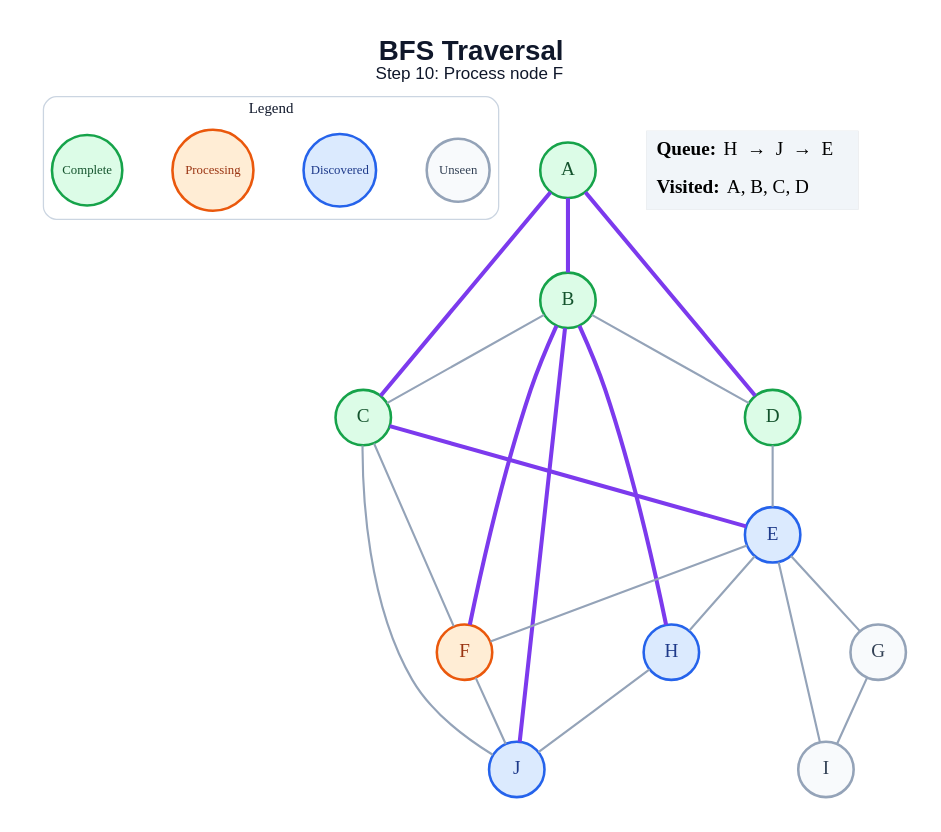
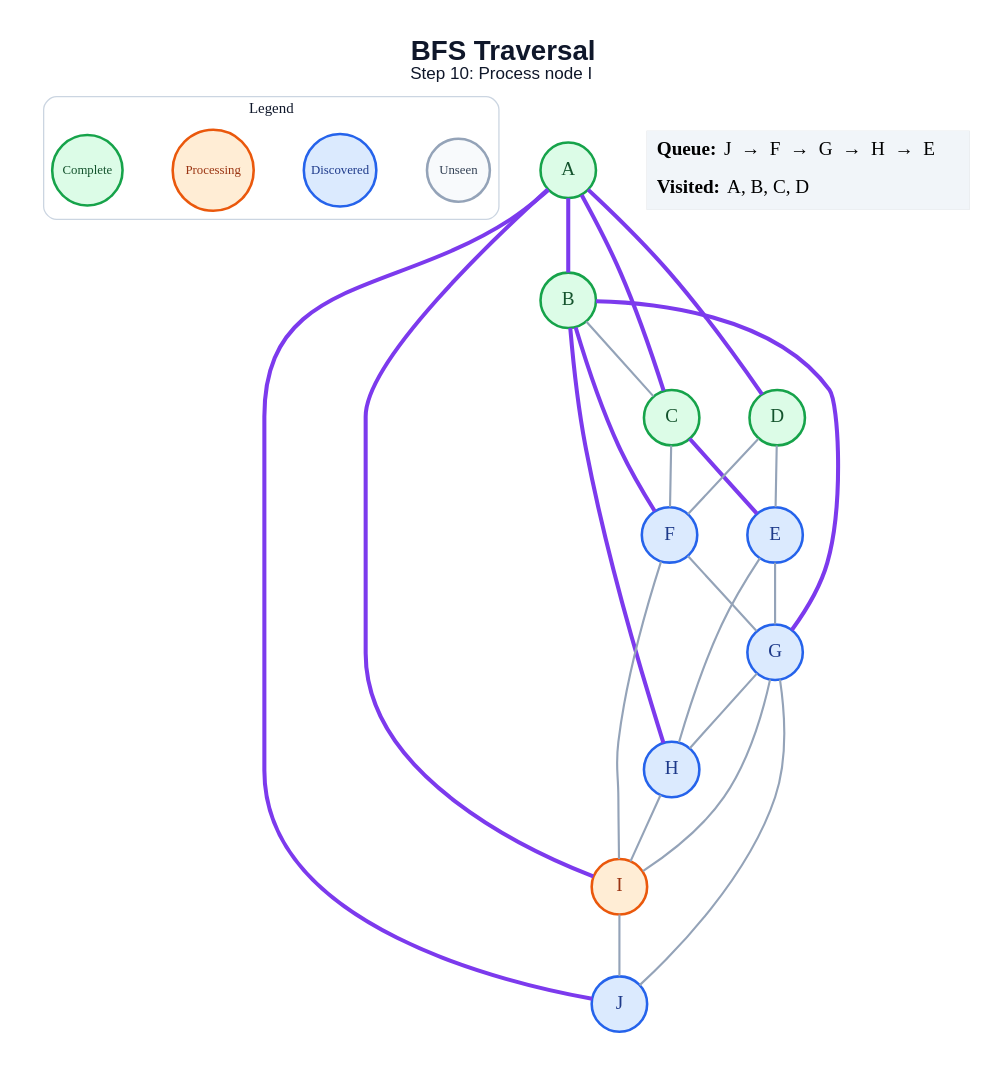
Before and after one commit to amanghodawala9/ai-slop: the diagram in generated/bfs/step_10.dot, drawn with Graphviz. The commit also changed 178 other files, not shown here.

```diff
--- a/generated/bfs/step_10.dot
+++ b/generated/bfs/step_10.dot
@@ -1,48 +1,51 @@
 graph traversal {
   graph [layout=dot, rankdir=TB, bgcolor="#FFFFFF", pad="0.35", nodesep="0.65", ranksep="0.8", fontname="Arial"];
   node [shape=circle, style="filled", fontname="Arial Bold", fontsize=18, width=0.72, fixedsize=true, penwidth=2.4];
   edge [color="#94A3B8", penwidth=2.0];
-  label=<<B>BFS Traversal</B><BR/><FONT POINT-SIZE="16">Step 10: Process node F</FONT>>; labelloc="t"; fontsize=26; fontname="Arial"; fontcolor="#0F172A";
+  label=<<B>BFS Traversal</B><BR/><FONT POINT-SIZE="16">Step 10: Process node I</FONT>>; labelloc="t"; fontsize=26; fontname="Arial"; fontcolor="#0F172A";
   subgraph cluster_legend { label="Legend"; color="#CBD5E1"; penwidth=1.2; style="rounded"; fontsize=14; fontname="Arial Bold";
     key_unseen [label="Unseen", fillcolor="#F8FAFC", color="#94A3B8", fontcolor="#334155", fontsize=12, width=0.82];
     key_frontier [label="Discovered", fillcolor="#DBEAFE", color="#2563EB", fontcolor="#1E3A8A", fontsize=12, width=0.95];
     key_current [label="Processing", fillcolor="#FFEDD5", color="#EA580C", fontcolor="#9A3412", fontsize=12, width=1.05];
     key_done [label="Complete", fillcolor="#DCFCE7", color="#16A34A", fontcolor="#14532D", fontsize=12, width=0.92];
     { rank=same; key_unseen; key_frontier; key_current; key_done; }
   }
   A [fillcolor="#DCFCE7", color="#16A34A", fontcolor="#14532D"];
   B [fillcolor="#DCFCE7", color="#16A34A", fontcolor="#14532D"];
   C [fillcolor="#DCFCE7", color="#16A34A", fontcolor="#14532D"];
   D [fillcolor="#DCFCE7", color="#16A34A", fontcolor="#14532D"];
   E [fillcolor="#DBEAFE", color="#2563EB", fontcolor="#1E3A8A"];
-  F [fillcolor="#FFEDD5", color="#EA580C", fontcolor="#9A3412"];
-  G [fillcolor="#F8FAFC", color="#94A3B8", fontcolor="#334155"];
+  F [fillcolor="#DBEAFE", color="#2563EB", fontcolor="#1E3A8A"];
+  G [fillcolor="#DBEAFE", color="#2563EB", fontcolor="#1E3A8A"];
   H [fillcolor="#DBEAFE", color="#2563EB", fontcolor="#1E3A8A"];
-  I [fillcolor="#F8FAFC", color="#94A3B8", fontcolor="#334155"];
+  I [fillcolor="#FFEDD5", color="#EA580C", fontcolor="#9A3412"];
   J [fillcolor="#DBEAFE", color="#2563EB", fontcolor="#1E3A8A"];
   A -- B [color="#7C3AED", penwidth=3.8];
   A -- C [color="#7C3AED", penwidth=3.8];
   A -- D [color="#7C3AED", penwidth=3.8];
+  A -- I [color="#7C3AED", penwidth=3.8];
+  A -- J [color="#7C3AED", penwidth=3.8];
   B -- C;
-  B -- D;
   B -- F [color="#7C3AED", penwidth=3.8];
+  B -- G [color="#7C3AED", penwidth=3.8];
   B -- H [color="#7C3AED", penwidth=3.8];
-  B -- J [color="#7C3AED", penwidth=3.8];
   C -- E [color="#7C3AED", penwidth=3.8];
   C -- F;
-  C -- J;
   D -- E;
-  E -- F;
+  D -- F;
   E -- G;
   E -- H;
-  E -- I;
-  F -- J;
+  F -- G;
+  F -- I;
+  G -- H;
   G -- I;
-  H -- J;
+  G -- J;
+  H -- I;
+  I -- J;
   status [shape=plain, fixedsize=false, width=0, height=0, margin=0, label=<
     <TABLE BORDER="0" CELLBORDER="0" CELLPADDING="7" BGCOLOR="#F1F5F9">
-      <TR><TD ALIGN="LEFT"><B>Queue:</B> H  →  J  →  E</TD></TR>
+      <TR><TD ALIGN="LEFT"><B>Queue:</B> J  →  F  →  G  →  H  →  E</TD></TR>
       <TR><TD ALIGN="LEFT"><B>Visited:</B> A, B, C, D</TD></TR>
     </TABLE>
   >];
 }
```
